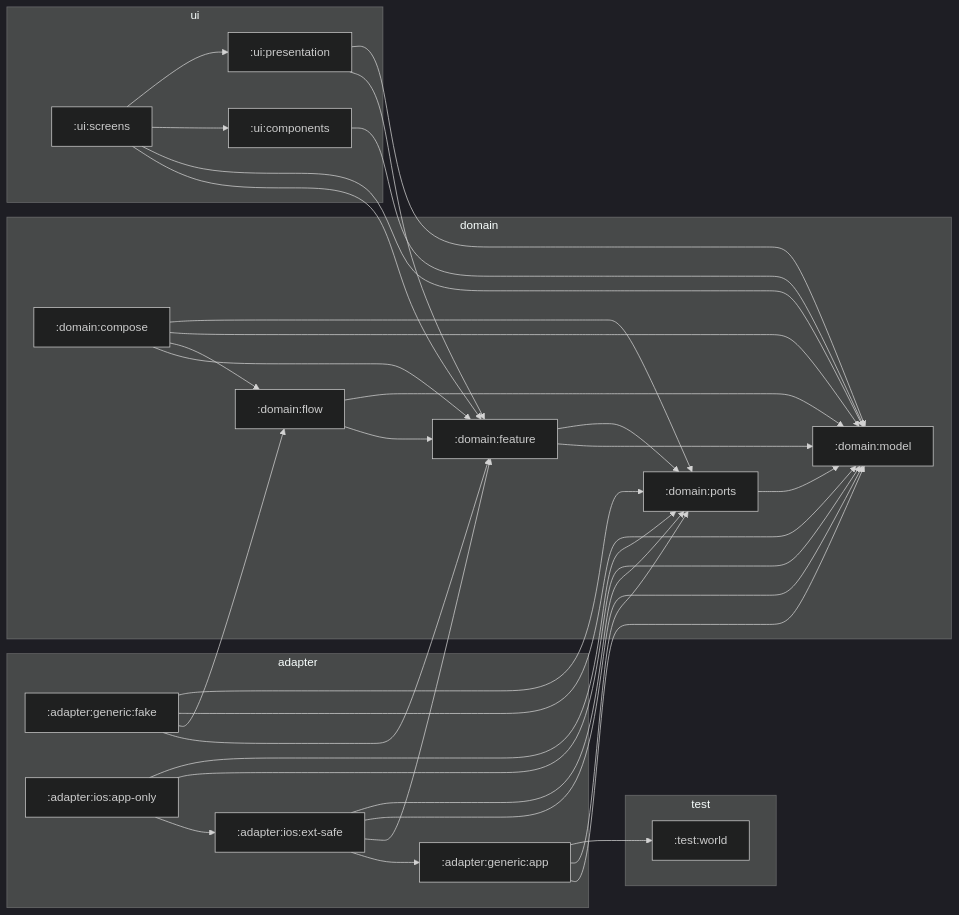
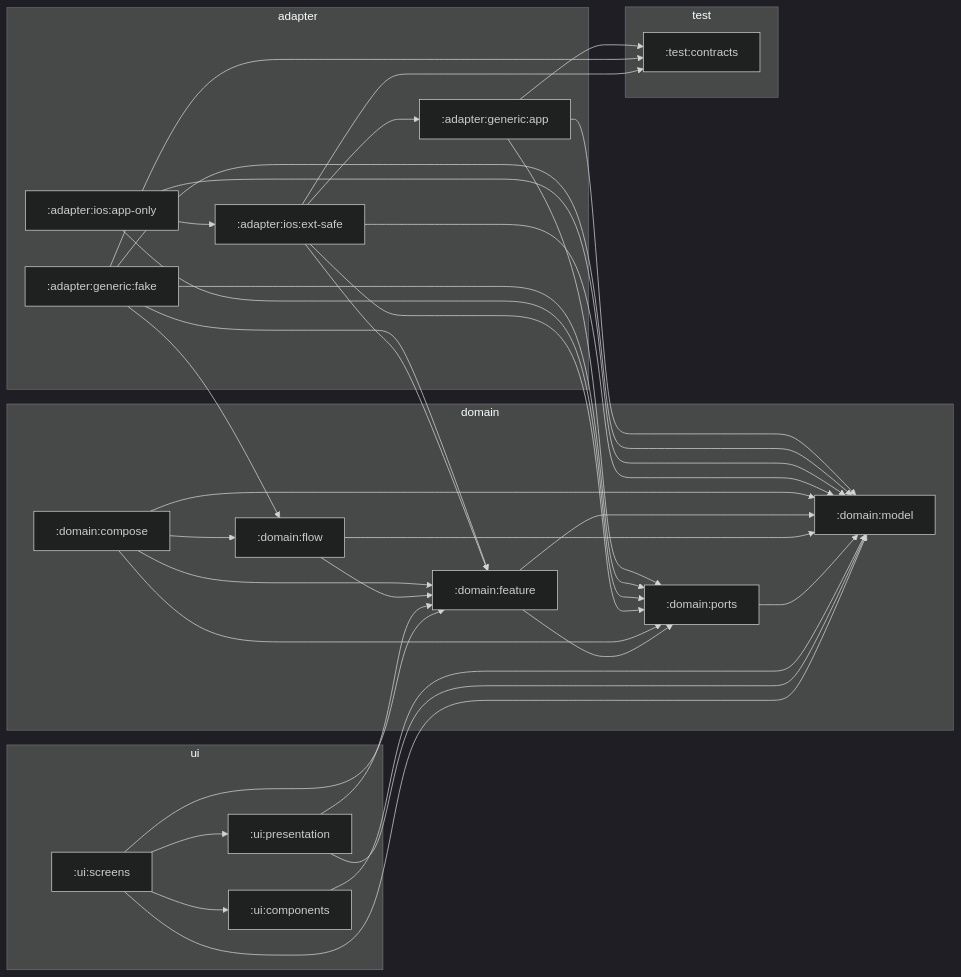
The diagram in architecture/zones.md (stefanhoelzl/SnapSync), drawn with Mermaid (dark theme) before and after one commit. The commit also changed 8 other files, not shown here.

Commit message:
internal(port-contracts): docs, complexity tier, regenerated diagrams

````diff
--- a/architecture/zones.md
+++ b/architecture/zones.md
@@ -8,54 +8,56 @@
 ```mermaid
 flowchart LR
   subgraph adapter
     adapter_generic_app[":adapter:generic:app"]
     adapter_generic_fake[":adapter:generic:fake"]
     adapter_ios_app_only[":adapter:ios:app-only"]
     adapter_ios_ext_safe[":adapter:ios:ext-safe"]
   end
   subgraph domain
     domain_compose[":domain:compose"]
     domain_feature[":domain:feature"]
     domain_flow[":domain:flow"]
     domain_model[":domain:model"]
     domain_ports[":domain:ports"]
   end
   subgraph test
-    test_world[":test:world"]
+    test_contracts[":test:contracts"]
   end
   subgraph ui
     ui_components[":ui:components"]
     ui_presentation[":ui:presentation"]
     ui_screens[":ui:screens"]
   end
   adapter_generic_app --> domain_model
   adapter_generic_app --> domain_ports
-  adapter_generic_app --> test_world
+  adapter_generic_app --> test_contracts
   adapter_generic_fake --> domain_feature
   adapter_generic_fake --> domain_flow
   adapter_generic_fake --> domain_model
   adapter_generic_fake --> domain_ports
+  adapter_generic_fake --> test_contracts
   adapter_ios_app_only --> adapter_ios_ext_safe
   adapter_ios_app_only --> domain_model
   adapter_ios_app_only --> domain_ports
   adapter_ios_ext_safe --> adapter_generic_app
   adapter_ios_ext_safe --> domain_feature
   adapter_ios_ext_safe --> domain_model
   adapter_ios_ext_safe --> domain_ports
+  adapter_ios_ext_safe --> test_contracts
   domain_compose --> domain_feature
   domain_compose --> domain_flow
   domain_compose --> domain_model
   domain_compose --> domain_ports
   domain_feature --> domain_model
   domain_feature --> domain_ports
   domain_flow --> domain_feature
   domain_flow --> domain_model
   domain_ports --> domain_model
   ui_components --> domain_model
   ui_presentation --> domain_feature
   ui_presentation --> domain_model
   ui_screens --> domain_feature
   ui_screens --> domain_model
   ui_screens --> ui_components
   ui_screens --> ui_presentation
 ```
````
